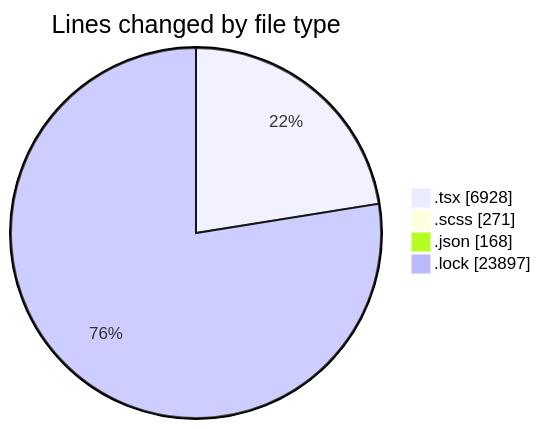
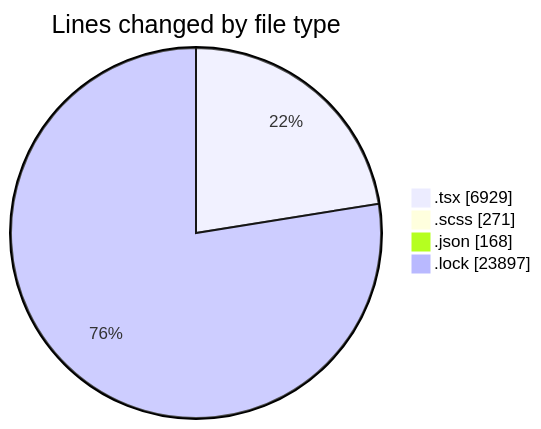
One commit to momahboobian/code-tracking changed the first of 2 diagrams in 2025-11-18/cda/README.md. Above: the diagram before and after it, drawn with Mermaid. The commit also changed other lines of this file and 1 other file, not shown here.

````diff
--- a/2025-11-18/cda/README.md
+++ b/2025-11-18/cda/README.md
@@ -34,8 +34,8 @@
 ```mermaid
 pie showData
 title Lines changed by file type
-".tsx" : 6928
+".tsx" : 6929
 ".scss" : 271
 ".json" : 168
 ".lock" : 23897
 ```
````
